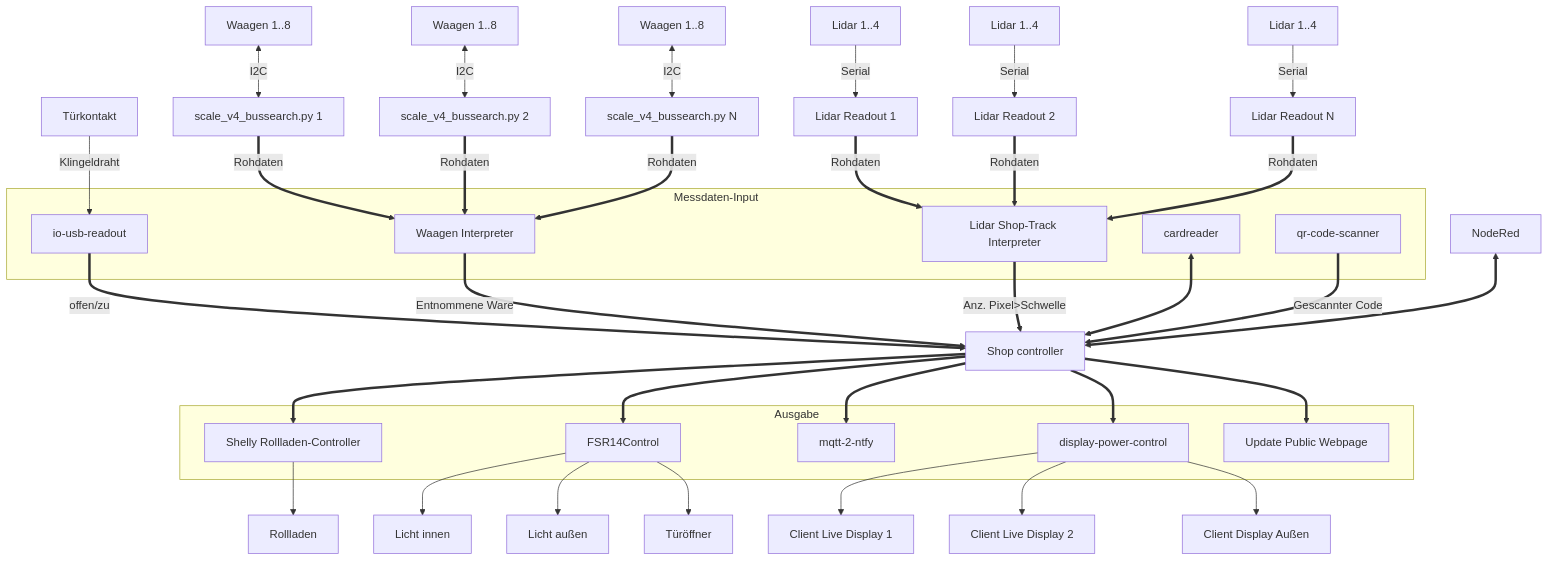
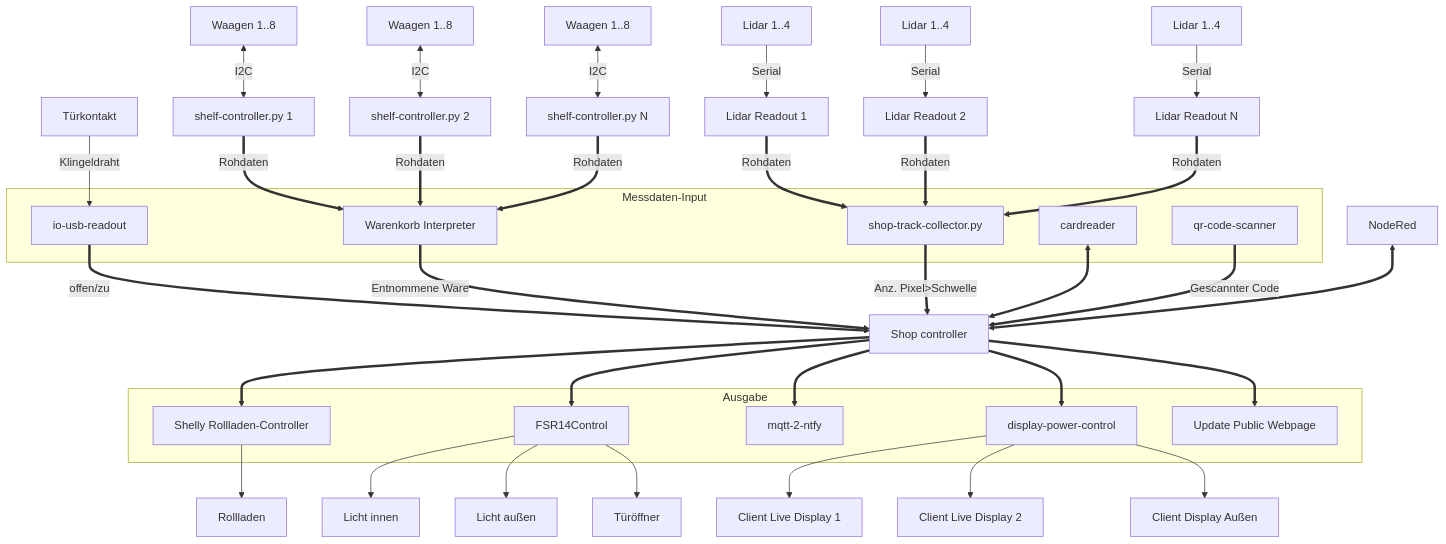
Before and after one commit to pbotte/zeitlos: the diagram in MQTT Overview.md, drawn with Mermaid. The commit also changed 3 other files, not shown here.

Commit message:
Make shop-track-collector work

````diff
--- a/MQTT Overview.md
+++ b/MQTT Overview.md
@@ -1,71 +1,71 @@
 ```mermaid
 graph TD
   W1["Waagen 1..8"] <--> |I2C| WC1
   W2["Waagen 1..8"] <--> |I2C| WC2
   W3["Waagen 1..8"] <--> |I2C| WCN
-  WC1["scale_v4_bussearch.py 1"] ==> |Rohdaten| WI
-  WC2["scale_v4_bussearch.py 2"] ==> |Rohdaten| WI
-  WCN["scale_v4_bussearch.py N"] ==> |Rohdaten| WI
+  WC1["shelf-controller.py 1"] ==> |Rohdaten| WI
+  WC2["shelf-controller.py 2"] ==> |Rohdaten| WI
+  WCN["shelf-controller.py N"] ==> |Rohdaten| WI
 
   L1["Lidar 1..4"] --> |Serial| ST1
   L2["Lidar 1..4"] --> |Serial| ST2
   LN["Lidar 1..4"] --> |Serial| STN
 
   ST1["Lidar Readout 1"] ==> |Rohdaten| STI
   ST2["Lidar Readout 2"] ==> |Rohdaten| STI
   STN["Lidar Readout N"] ==> |Rohdaten| STI
 
   Türkontakt --> |Klingeldraht| IOR
 
   SC["Shop controller"]
 
 
 subgraph Messdaten-Input
-  WI["Waagen Interpreter"]
+  WI["Warenkorb Interpreter"]
   cardreader
-  STI["Lidar Shop-Track Interpreter"]
+  STI["shop-track-collector.py"]
   IOR["io-usb-readout"]
   QCS["qr-code-scanner"]
 end
 
 subgraph Ausgabe
   FSR["FSR14Control"]
   DPC["display-power-control"]
 
   MN["mqtt-2-ntfy"]
 
   Shelly["Shelly Rollladen-Controller"]
 
   UW["Update Public Webpage"]
 end
 
   SC ==> Shelly --> Rollladen
  
   IOR ==> |offen/zu| SC
 
   DPC --> CD1
   DPC --> CD2
   DPC --> CDA
 
   CD1["Client Live Display 1"]
   CD2["Client Live Display 2"]
   CDA["Client Display Außen"]
 
   FSR --> LI["Licht innen"]
   FSR --> LA["Licht außen"]
   FSR --> Türöffner
 
   WI ==> |Entnommene Ware| SC
   STI ==> |Anz. Pixel>Schwelle| SC
   cardreader <==> SC
   QCS ==> |Gescannter Code| SC
 
   SC ==> FSR
   SC ==> DPC
 
   SC ==> MN
 
   SC ==> UW
 
   NR["NodeRed"] <==> SC
 ```
````
